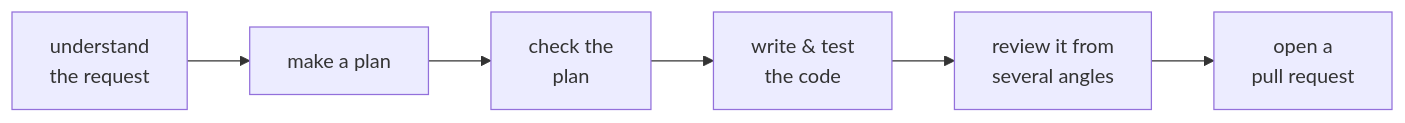
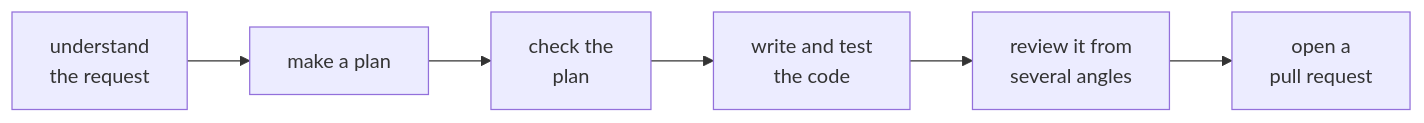
The diagram in README.md (ezigus/zBuild), drawn with Mermaid before and after one commit. The commit also changed other lines of this file, not shown here.

````diff
--- a/README.md
+++ b/README.md
@@ -51,8 +51,8 @@
 ```mermaid
 flowchart LR
     A[understand<br/>the request] --> B[make a plan]
     B --> C[check the<br/>plan]
-    C --> D[write &amp; test<br/>the code]
+    C --> D[write and test<br/>the code]
     D --> E[review it from<br/>several angles]
     E --> F[open a<br/>pull request]
 ```
````
